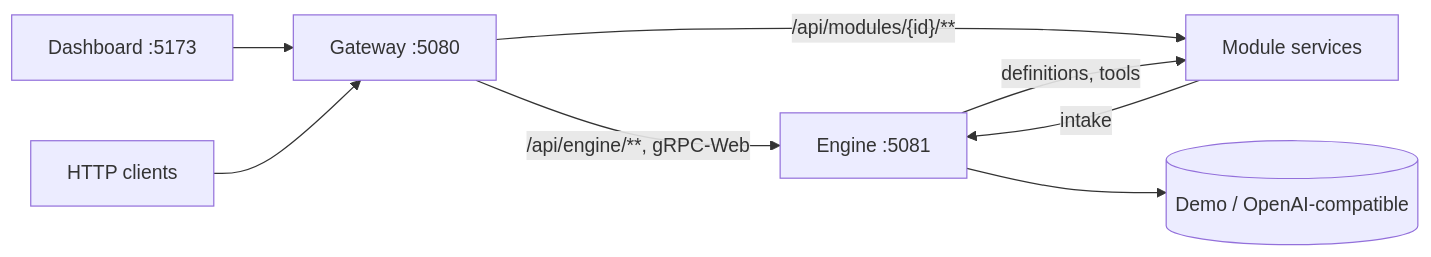
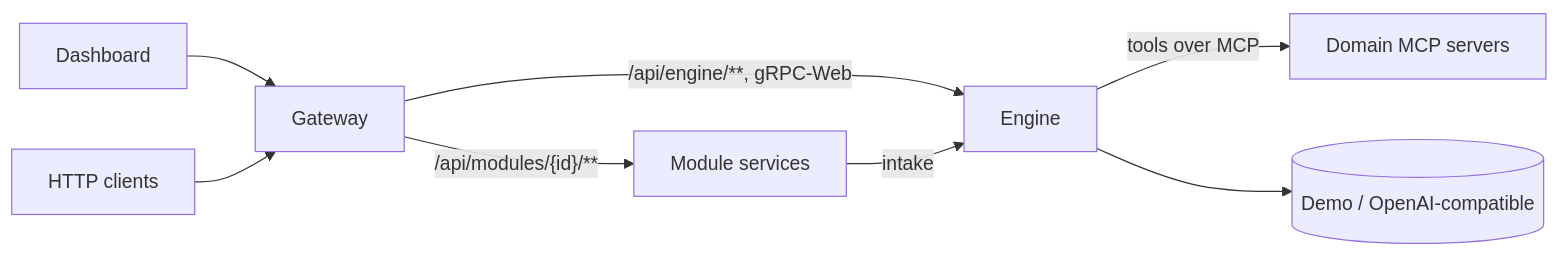
One commit to GabrieleTronchin/Flowgent changed the diagram in README.md. Above: the diagram before and after it, drawn with Mermaid. The commit also changed other lines of this file, not shown here.

````diff
--- a/README.md
+++ b/README.md
@@ -22,10 +87,10 @@
 ```mermaid
 graph LR
-    Browser[Dashboard :5173] --> GW[Gateway :5080]
+    Browser[Dashboard] --> GW[Gateway]
     Client[HTTP clients] --> GW
-    GW -->|/api/engine/**, gRPC-Web| ENG[Engine :5081]
+    GW -->|/api/engine/**, gRPC-Web| ENG[Engine]
     GW -->|"/api/modules/{id}/**"| MOD[Module services]
-    ENG -->|definitions, tools| MOD
+    ENG -->|tools over MCP| MCP[Domain MCP servers]
     MOD -->|intake| ENG
     ENG --> LLM[(Demo / OpenAI-compatible)]
 ```
````
